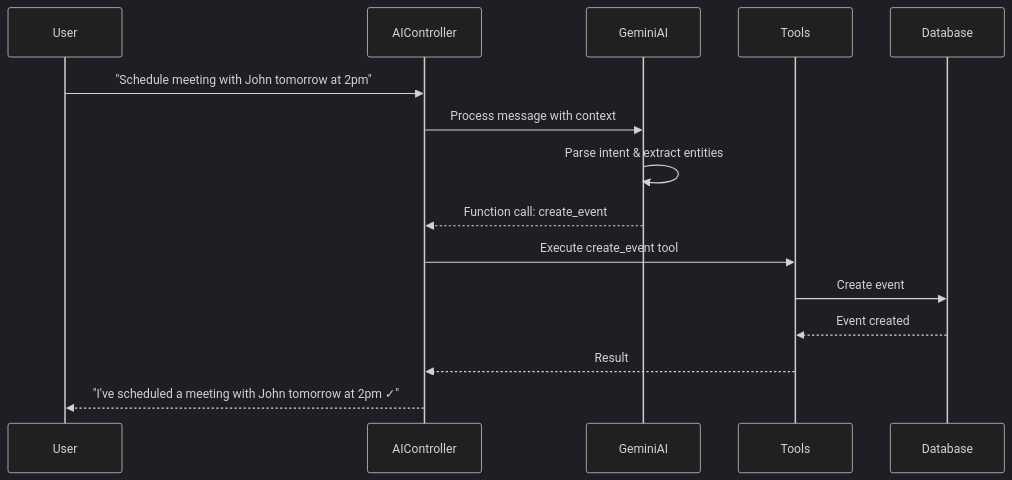
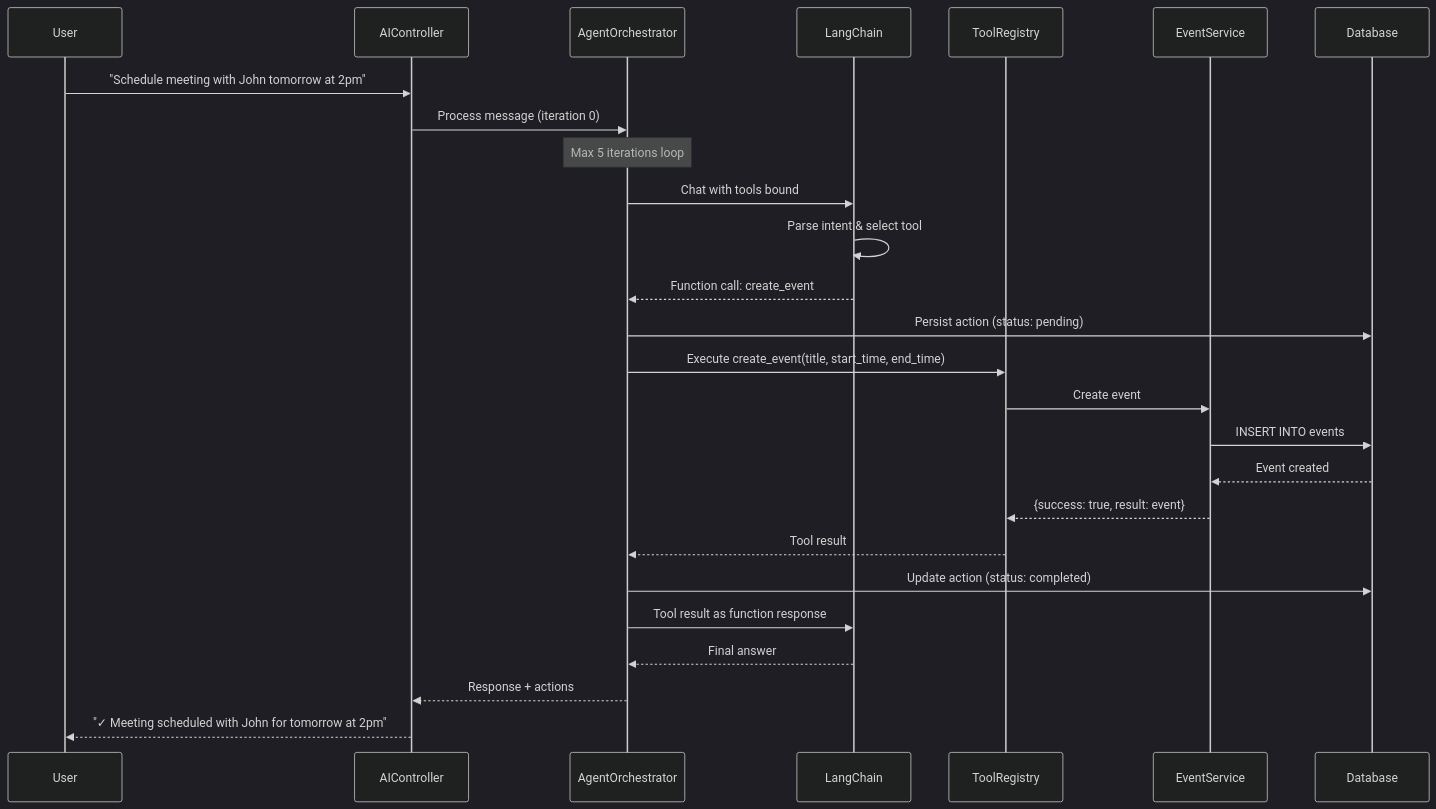
The seventh of 11 diagrams in reports/CALENTO_SYSTEM_OVERVIEW.md (TDevUIT/Calento), drawn with Mermaid (dark theme) before and after one commit. The commit also changed other lines of this file, not shown here.

Commit message:
feat(docs): enhance system overview with AI/RAG architecture and detailed booking flow

````diff
--- a/reports/CALENTO_SYSTEM_OVERVIEW.md
+++ b/reports/CALENTO_SYSTEM_OVERVIEW.md
@@ -302,18 +480,32 @@
 ```mermaid
 sequenceDiagram
     participant User
     participant AIController
-    participant GeminiAI
-    participant Tools
+    participant AgentOrchestrator
+    participant LangChain
+    participant ToolRegistry
+    participant EventService
     participant Database
 
     User->>AIController: "Schedule meeting with John tomorrow at 2pm"
-    AIController->>GeminiAI: Process message with context
-    GeminiAI->>GeminiAI: Parse intent & extract entities
-    GeminiAI-->>AIController: Function call: create_event
-    AIController->>Tools: Execute create_event tool
-    Tools->>Database: Create event
-    Database-->>Tools: Event created
-    Tools-->>AIController: Result
-    AIController-->>User: "I've scheduled a meeting with John tomorrow at 2pm ✓"
+    AIController->>AgentOrchestrator: Process message (iteration 0)
+    
+    Note over AgentOrchestrator: Max 5 iterations loop
+    AgentOrchestrator->>LangChain: Chat with tools bound
+    LangChain->>LangChain: Parse intent & select tool
+    LangChain-->>AgentOrchestrator: Function call: create_event
+    
+    AgentOrchestrator->>Database: Persist action (status: pending)
+    AgentOrchestrator->>ToolRegistry: Execute create_event(title, start_time, end_time)
+    ToolRegistry->>EventService: Create event
+    EventService->>Database: INSERT INTO events
+    Database-->>EventService: Event created
+    EventService-->>ToolRegistry: {success: true, result: event}
+    ToolRegistry-->>AgentOrchestrator: Tool result
+    
+    AgentOrchestrator->>Database: Update action (status: completed)
+    AgentOrchestrator->>LangChain: Tool result as function response
+    LangChain-->>AgentOrchestrator: Final answer
+    AgentOrchestrator-->>AIController: Response + actions
+    AIController-->>User: "✓ Meeting scheduled with John for tomorrow at 2pm"
 ```
````
